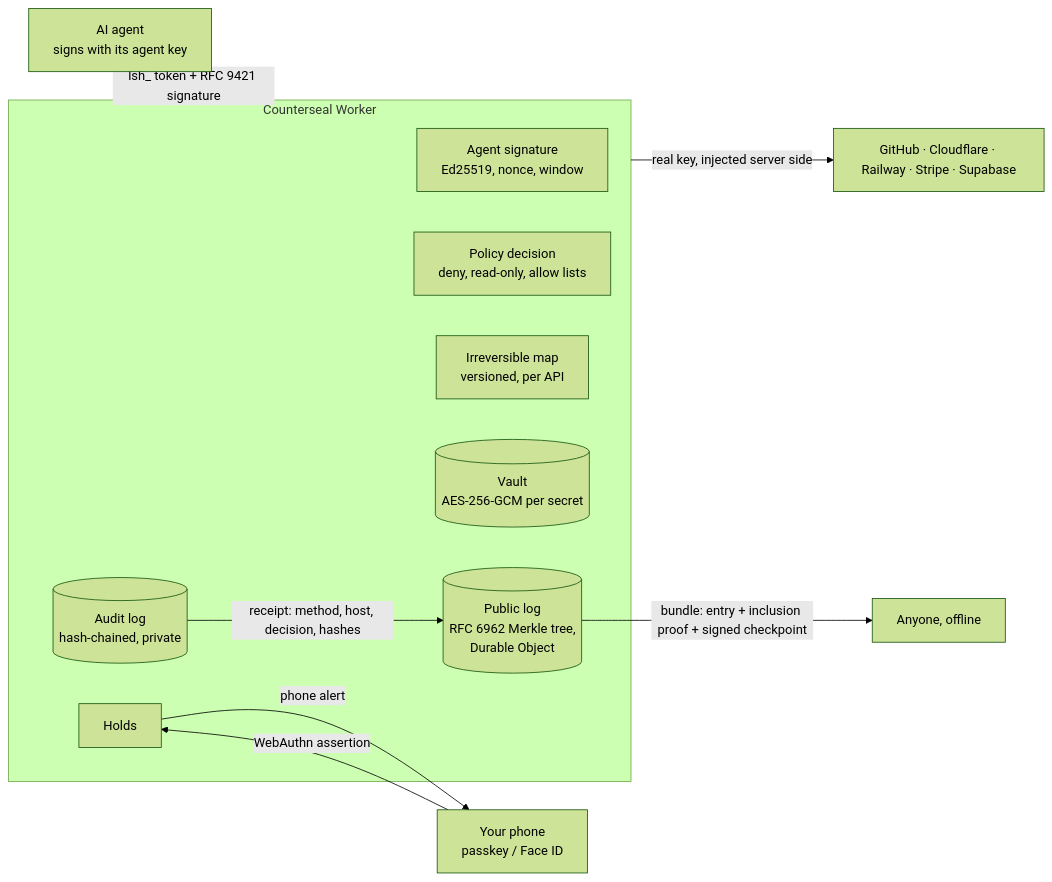
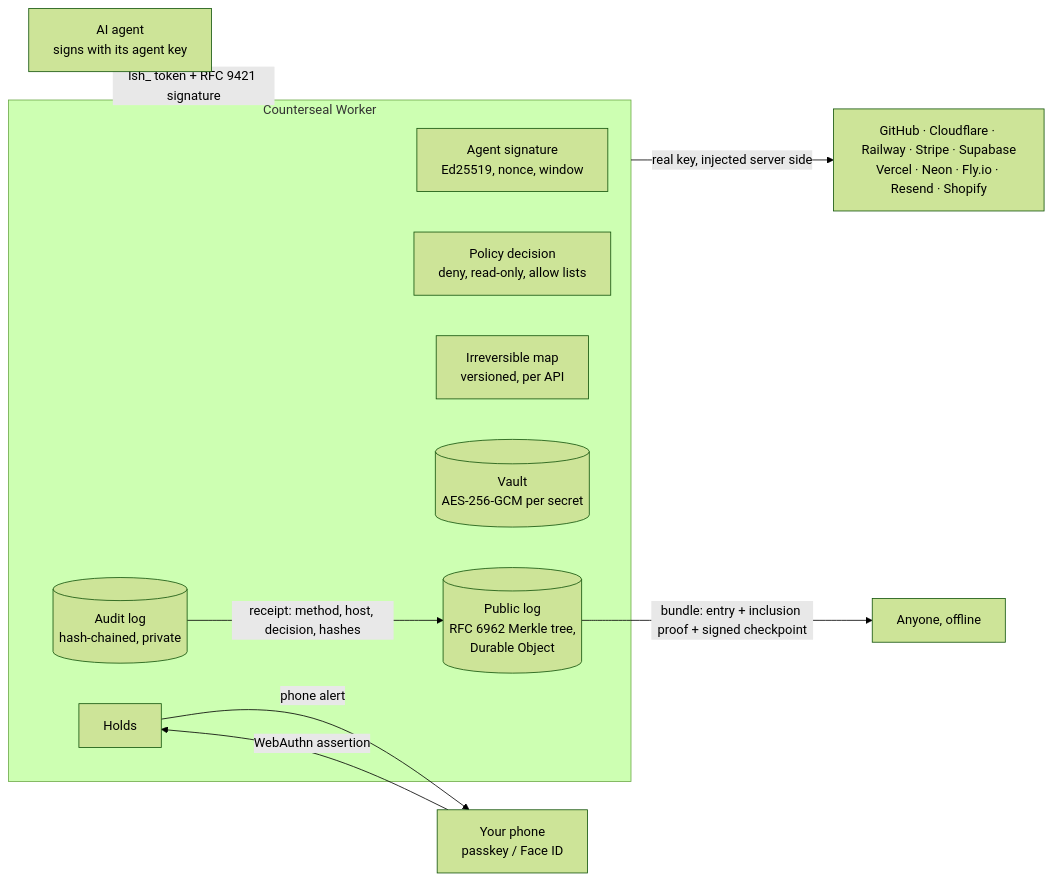
Before and after one commit to GautamTalksDev/counterseal: the first of 2 diagrams in README.md, drawn with Mermaid (forest theme). The commit also changed other lines of this file and 5 other files, not shown here.

````diff
--- a/README.md
+++ b/README.md
@@ -48,18 +48,18 @@
 ```mermaid
 flowchart LR
     A[AI agent<br/>signs with its agent key] -- "lsh_ token + RFC 9421 signature" --> L
     subgraph L[Counterseal Worker]
       S[Agent signature<br/>Ed25519, nonce, window]
       P[Policy decision<br/>deny, read-only, allow lists]
       M[Irreversible map<br/>versioned, per API]
       V[(Vault<br/>AES-256-GCM per secret)]
       H[Holds]
       AU[(Audit log<br/>hash-chained, private)]
       LOG[(Public log<br/>RFC 6962 Merkle tree,<br/>Durable Object)]
     end
-    L -- "real key, injected server side" --> U[GitHub · Cloudflare · Railway · Stripe · Supabase]
+    L -- "real key, injected server side" --> U[GitHub · Cloudflare · Railway · Stripe · Supabase<br/>Vercel · Neon · Fly.io · Resend · Shopify]
     H -- "phone alert" --> Ph[Your phone<br/>passkey / Face ID]
     Ph -- "WebAuthn assertion" --> H
     AU -- "receipt: method, host, decision, hashes" --> LOG
     LOG -- "bundle: entry + inclusion proof + signed checkpoint" --> Aud[Anyone, offline]
 ```
````
